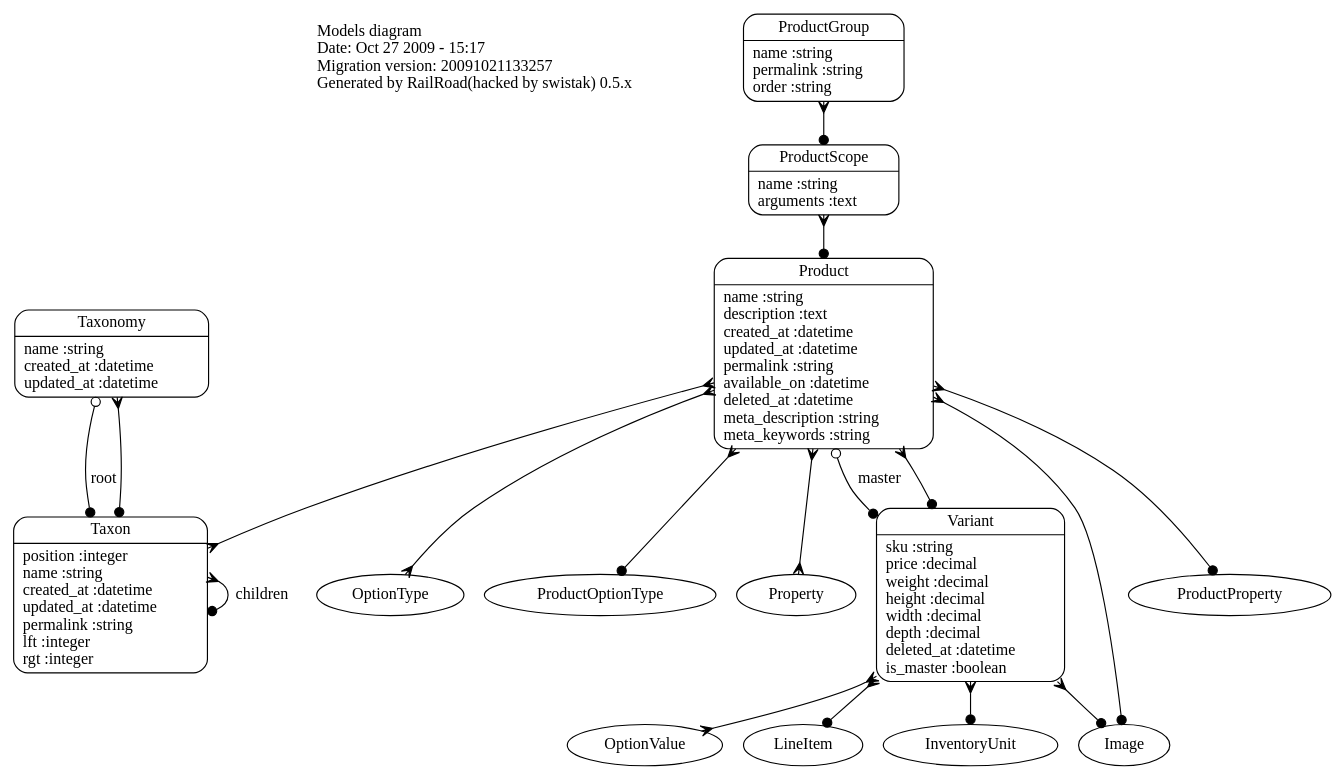
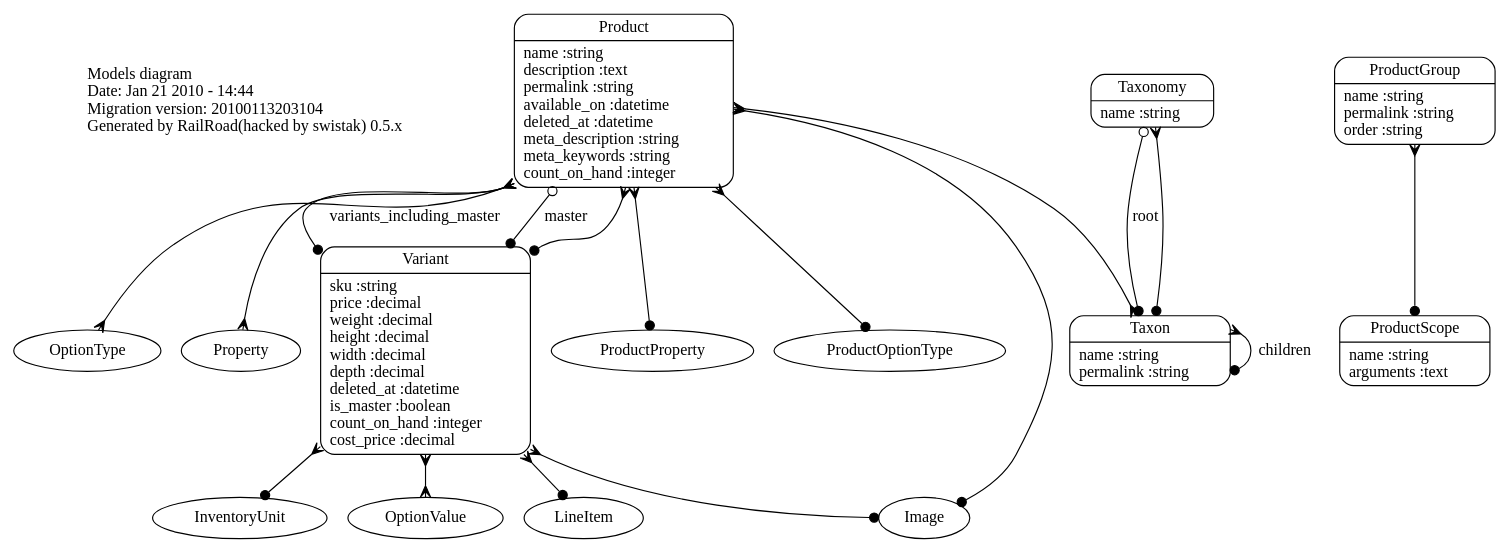
Before and after one commit to railsdog/spree-guides: the diagram in files/diagrams/dot/products_grouping.dot, drawn with Graphviz. The commit also changed 16 other files, not shown here.

```diff
--- a/files/diagrams/dot/products_grouping.dot
+++ b/files/diagrams/dot/products_grouping.dot
@@ -1,27 +1,27 @@
 digraph models_diagram {
 	graph[overlap=false, splines=true]
-	_diagram_info [shape="plaintext", label="Models diagram\lDate: Oct 27 2009 - 15:17\lMigration version: 20091021133257\lGenerated by RailRoad(hacked by swistak) 0.5.x\l", fontsize=14]
-	"Product" [shape=Mrecord, label="{Product|name :string\ldescription :text\lcreated_at :datetime\lupdated_at :datetime\lpermalink :string\lavailable_on :datetime\ldeleted_at :datetime\lmeta_description :string\lmeta_keywords :string\l}"]
-	"Variant" [shape=Mrecord, label="{Variant|sku :string\lprice :decimal\lweight :decimal\lheight :decimal\lwidth :decimal\ldepth :decimal\ldeleted_at :datetime\lis_master :boolean\l}"]
-	"Taxon" [shape=Mrecord, label="{Taxon|position :integer\lname :string\lcreated_at :datetime\lupdated_at :datetime\lpermalink :string\llft :integer\lrgt :integer\l}"]
+	_diagram_info [shape="plaintext", label="Models diagram\lDate: Jan 21 2010 - 14:44\lMigration version: 20100113203104\lGenerated by RailRoad(hacked by swistak) 0.5.x\l", fontsize=14]
+	"Product" [shape=Mrecord, label="{Product|name :string\ldescription :text\lpermalink :string\lavailable_on :datetime\ldeleted_at :datetime\lmeta_description :string\lmeta_keywords :string\lcount_on_hand :integer\l}"]
+	"Variant" [shape=Mrecord, label="{Variant|sku :string\lprice :decimal\lweight :decimal\lheight :decimal\lwidth :decimal\ldepth :decimal\ldeleted_at :datetime\lis_master :boolean\lcount_on_hand :integer\lcost_price :decimal\l}"]
+	"Taxon" [shape=Mrecord, label="{Taxon|name :string\lpermalink :string\l}"]
 	"ProductGroup" [shape=Mrecord, label="{ProductGroup|name :string\lpermalink :string\lorder :string\l}"]
-	"Taxonomy" [shape=Mrecord, label="{Taxonomy|name :string\lcreated_at :datetime\lupdated_at :datetime\l}"]
+	"Taxonomy" [shape=Mrecord, label="{Taxonomy|name :string\l}"]
 	"ProductScope" [shape=Mrecord, label="{ProductScope|name :string\larguments :text\l}"]
+	"Product" -> "OptionType" [arrowtail=crow, arrowhead=crow, dir=both]
 	"Product" -> "Variant" [arrowtail=crow, arrowhead=dot, dir=both]
-	"Product" -> "OptionType" [arrowtail=crow, arrowhead=crow, dir=both]
-	"Product" -> "ProductOptionType" [arrowtail=crow, arrowhead=dot, dir=both]
-	"Product" -> "Taxon" [arrowtail=crow, arrowhead=crow, dir=both]
+	"Product" -> "Variant" [label="variants_including_master", arrowtail=crow, arrowhead=dot, dir=both]
 	"Product" -> "Variant" [label="master", arrowtail=odot, arrowhead=dot, dir=both]
 	"Product" -> "Property" [arrowtail=crow, arrowhead=crow, dir=both]
+	"Product" -> "Taxon" [arrowtail=crow, arrowhead=crow, dir=both]
 	"Product" -> "Image" [arrowtail=crow, arrowhead=dot, dir=both]
 	"Product" -> "ProductProperty" [arrowtail=crow, arrowhead=dot, dir=both]
+	"Product" -> "ProductOptionType" [arrowtail=crow, arrowhead=dot, dir=both]
+	"Variant" -> "InventoryUnit" [arrowtail=crow, arrowhead=dot, dir=both]
 	"Variant" -> "OptionValue" [arrowtail=crow, arrowhead=crow, dir=both]
+	"Variant" -> "Image" [arrowtail=crow, arrowhead=dot, dir=both]
 	"Variant" -> "LineItem" [arrowtail=crow, arrowhead=dot, dir=both]
-	"Variant" -> "InventoryUnit" [arrowtail=crow, arrowhead=dot, dir=both]
-	"Variant" -> "Image" [arrowtail=crow, arrowhead=dot, dir=both]
 	"Taxon" -> "Taxon" [label="children", arrowtail=crow, arrowhead=dot, dir=both]
 	"ProductGroup" -> "ProductScope" [arrowtail=crow, arrowhead=dot, dir=both]
 	"Taxonomy" -> "Taxon" [label="root", arrowtail=odot, arrowhead=dot, dir=both]
 	"Taxonomy" -> "Taxon" [arrowtail=crow, arrowhead=dot, dir=both]
-	"ProductScope" -> "Product" [arrowtail=crow, arrowhead=dot, dir=both]
 }
```
